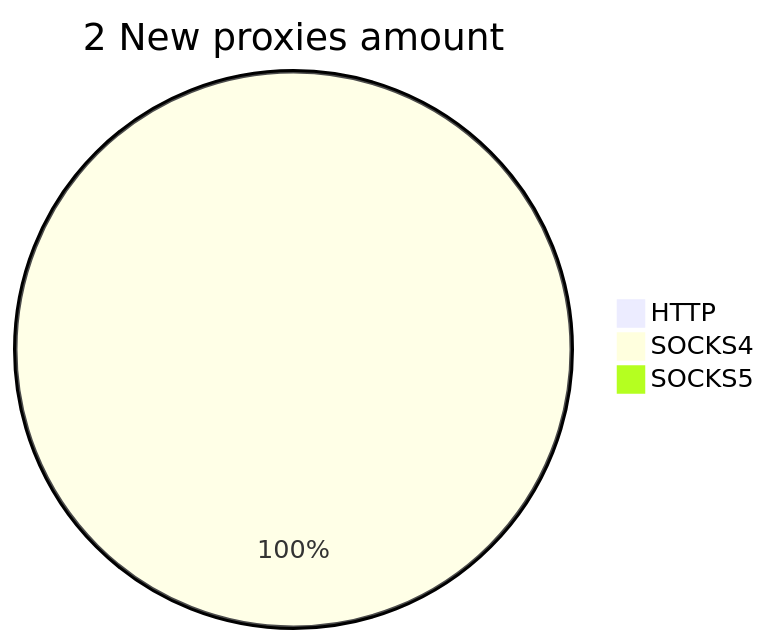
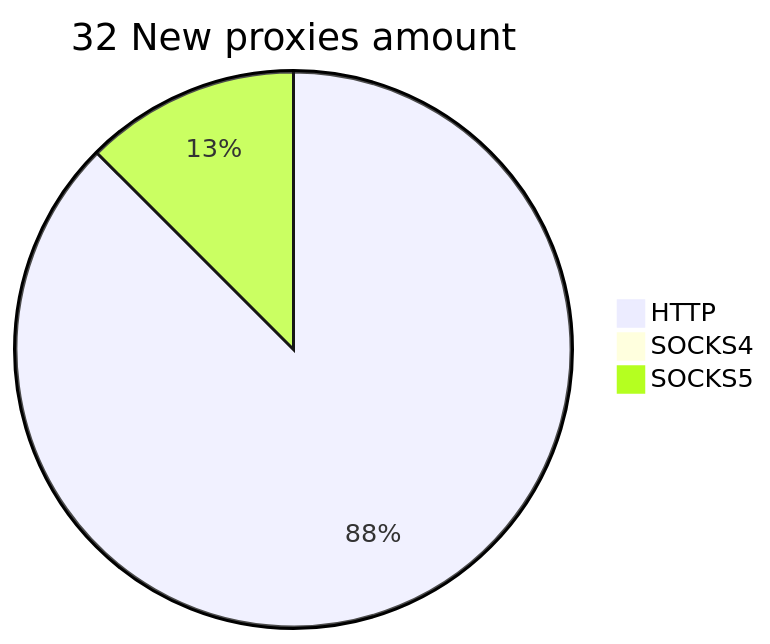
Before and after one commit to cutipu/proxylist: the second of 2 diagrams in README.md, drawn with Mermaid. The commit also changed other lines of this file, not shown here.

````diff
--- a/README.md
+++ b/README.md
@@ -10,6 +10,6 @@
 ```mermaid
-pie title 2 New proxies amount
-    "HTTP" : 0
-    "SOCKS4" : 3
-    "SOCKS5" : 0
+pie title 32 New proxies amount
+    "HTTP" : 28
+    "SOCKS4" : 0
+    "SOCKS5" : 4
 ```
````
